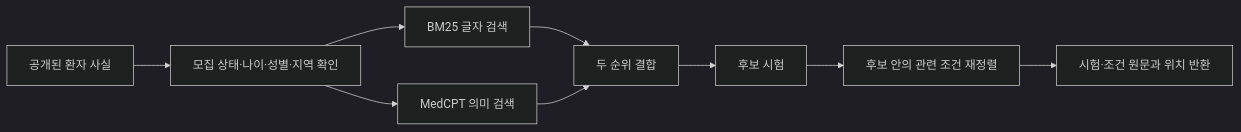
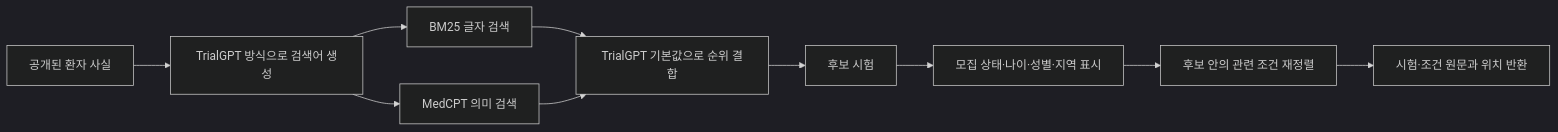
One commit to health-agent/Clarifytrial changed the diagram in docs/internal/CLARIFYTRIAL_RAG_EVALUATION_IMPLEMENTATION_PLAN.md. Above: the diagram before and after it, drawn with Mermaid (dark theme). The commit also changed other lines of this file and 60 other files, not shown here.

Commit message:
Add TrialGPT benchmarks and fix interactive v5 plan

````diff
--- a/docs/internal/CLARIFYTRIAL_RAG_EVALUATION_IMPLEMENTATION_PLAN.md
+++ b/docs/internal/CLARIFYTRIAL_RAG_EVALUATION_IMPLEMENTATION_PLAN.md
@@ -147,11 +156,12 @@
 ```mermaid
 flowchart LR
-    A[공개된 환자 사실] --> B[모집 상태·나이·성별·지역 확인]
+    A[공개된 환자 사실] --> B[TrialGPT 방식으로 검색어 생성]
     B --> C[BM25 글자 검색]
     B --> D[MedCPT 의미 검색]
-    C --> E[두 순위 결합]
+    C --> E[TrialGPT 기본값으로 순위 결합]
     D --> E
     E --> F[후보 시험]
-    F --> G[후보 안의 관련 조건 재정렬]
-    G --> H[시험·조건 원문과 위치 반환]
+    F --> G[모집 상태·나이·성별·지역 표시]
+    G --> H[후보 안의 관련 조건 재정렬]
+    H --> I[시험·조건 원문과 위치 반환]
 ```
````
